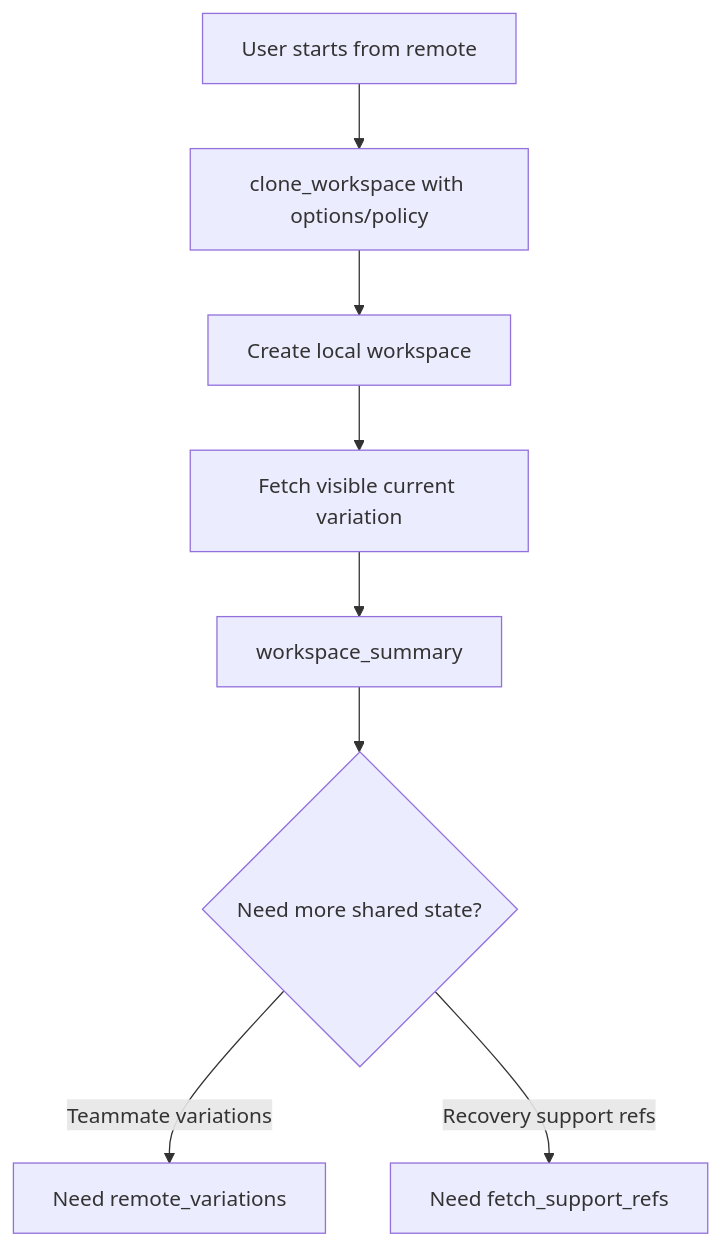
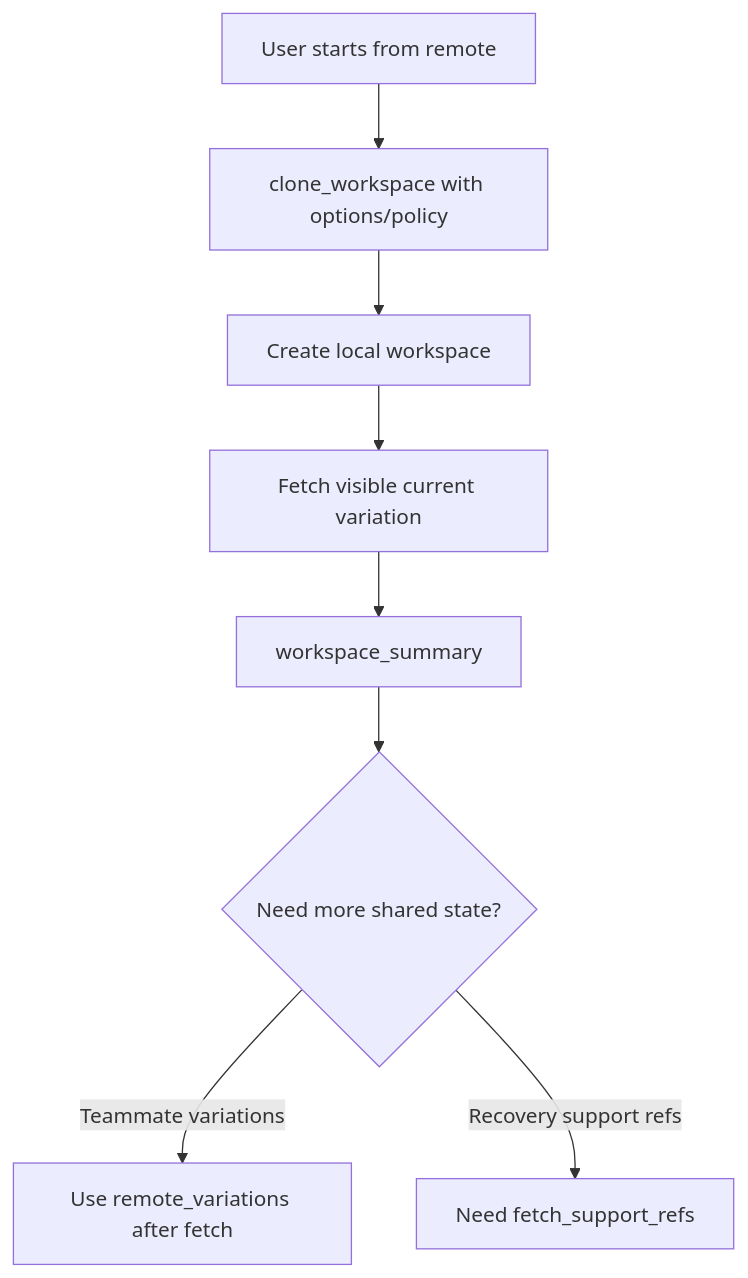
One commit to sethjuarez/draftline changed the fifth of 7 diagrams in docs/scenario-flows/workspace.md. Above: the diagram before and after it, drawn with Mermaid. The commit also changed other lines of this file and 8 other files, not shown here.

````diff
--- a/docs/scenario-flows/workspace.md
+++ b/docs/scenario-flows/workspace.md
@@ -141,10 +141,10 @@
 ```mermaid
 flowchart TD
     A[User starts from remote] --> B[clone_workspace with options/policy]
     B --> C[Create local workspace]
     C --> D[Fetch visible current variation]
     D --> E[workspace_summary]
     E --> F{Need more shared state?}
-    F -- Teammate variations --> G[Need remote_variations]
+    F -- Teammate variations --> G[Use remote_variations after fetch]
     F -- Recovery support refs --> H[Need fetch_support_refs]
 ```
````
